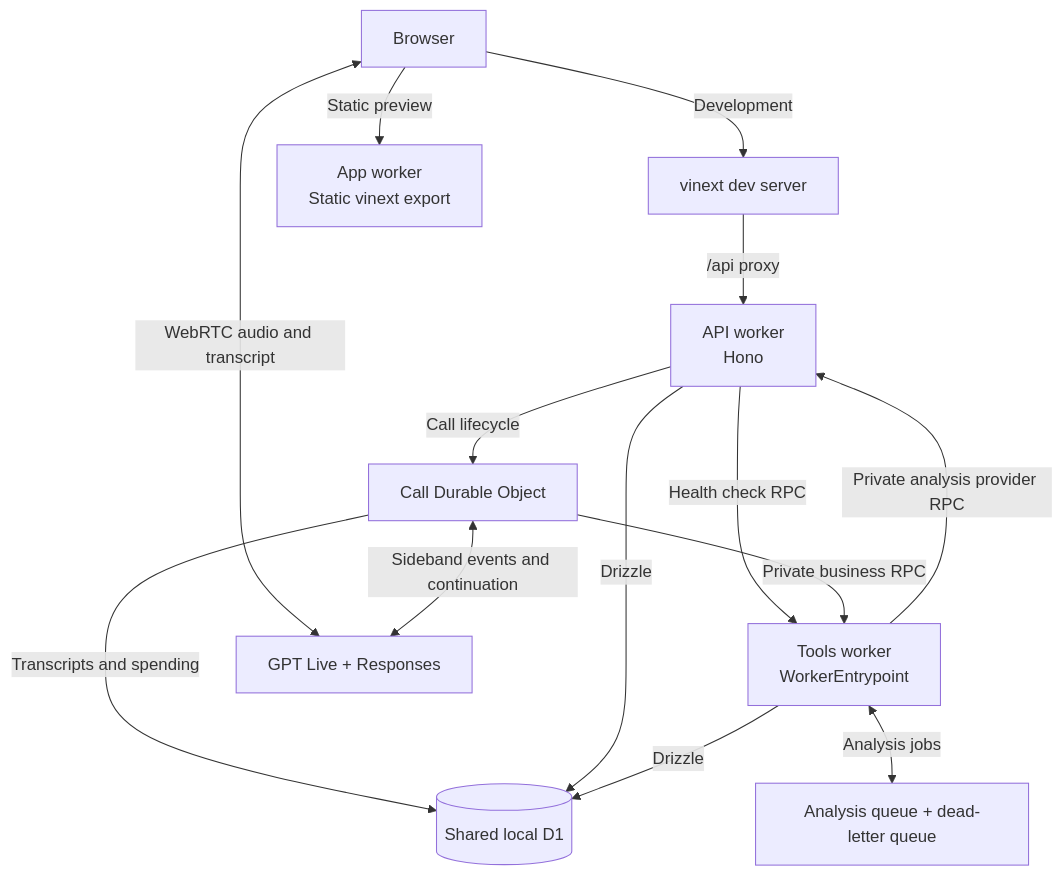
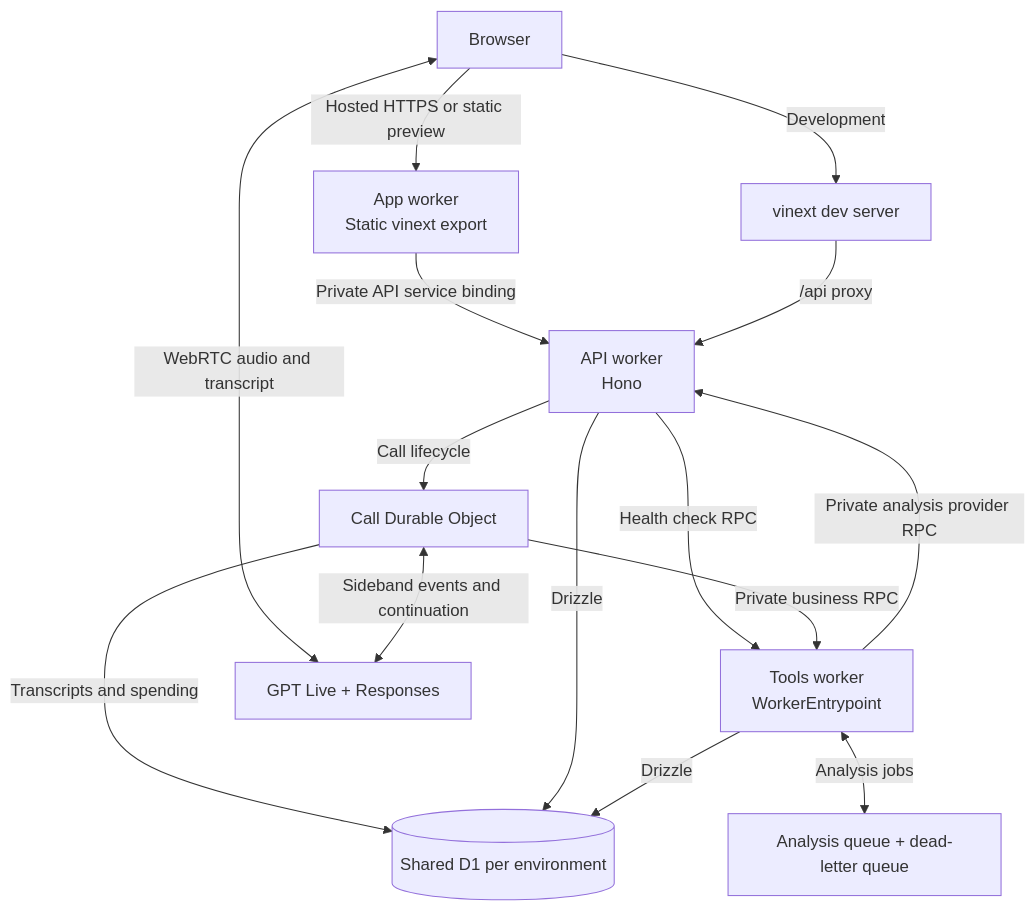
The diagram in README.md (hd-o/voice-freight-broker), drawn with Mermaid before and after one commit. The commit also changed 20 other files, not shown here.

````diff
--- a/README.md
+++ b/README.md
@@ -28,26 +28,27 @@
 ```mermaid
 flowchart TD
   Browser["Browser"]
   Dev["vinext dev server"]
   App["App worker<br/>Static vinext export"]
   API["API worker<br/>Hono"]
   Tools["Tools worker<br/>WorkerEntrypoint"]
   Call["Call Durable Object"]
   Live["GPT Live + Responses"]
-  DB[("Shared local D1")]
+  DB[("Shared D1 per environment")]
   Queue["Analysis queue + dead-letter queue"]
 
   Browser -->|Development| Dev
-  Browser -->|Static preview| App
+  Browser -->|Hosted HTTPS or static preview| App
+  App -->|Private API service binding| API
   Dev -->|/api proxy| API
   API -->|Health check RPC| Tools
   API -->|Call lifecycle| Call
   Browser <-->|WebRTC audio and transcript | Live
   Call <-->|Sideband events and continuation| Live
   Call -->|Private business RPC| Tools
   Call -->|Transcripts and spending| DB
   API -->|Drizzle| DB
   Tools -->|Drizzle| DB
   Tools <-->|Analysis jobs| Queue
   Tools -->|Private analysis provider RPC| API
 ```
````
